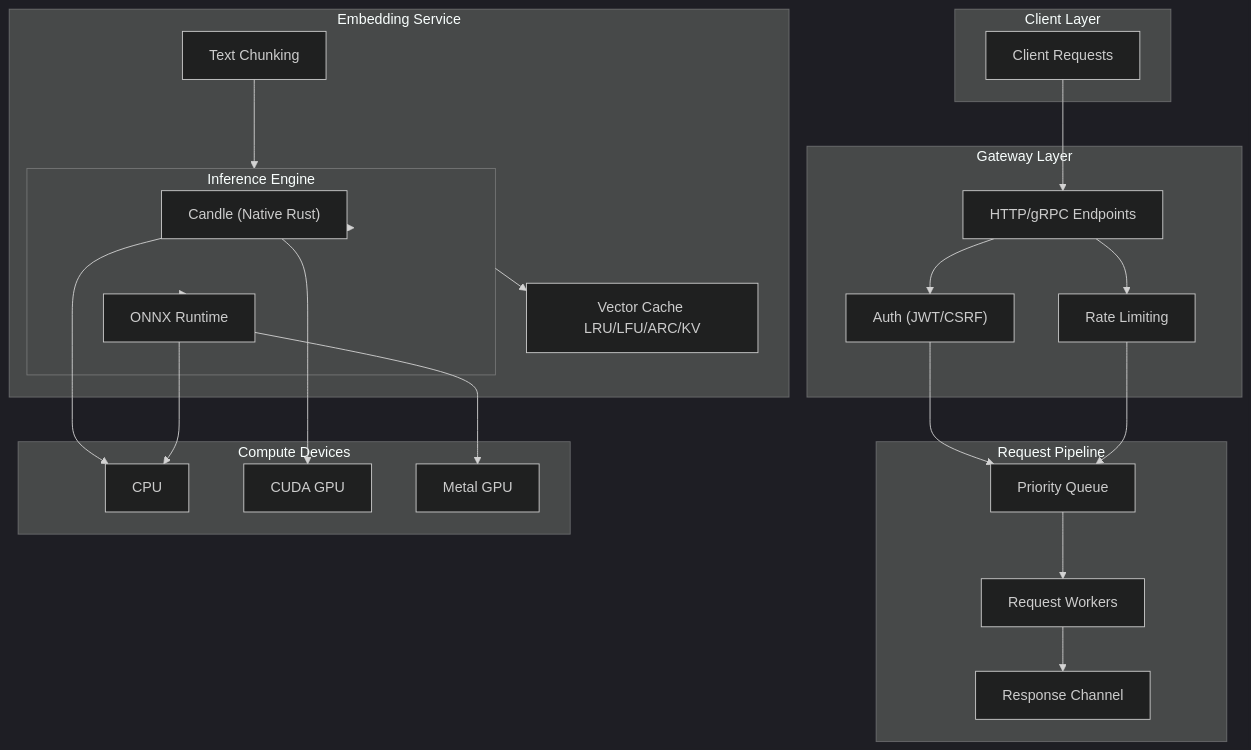
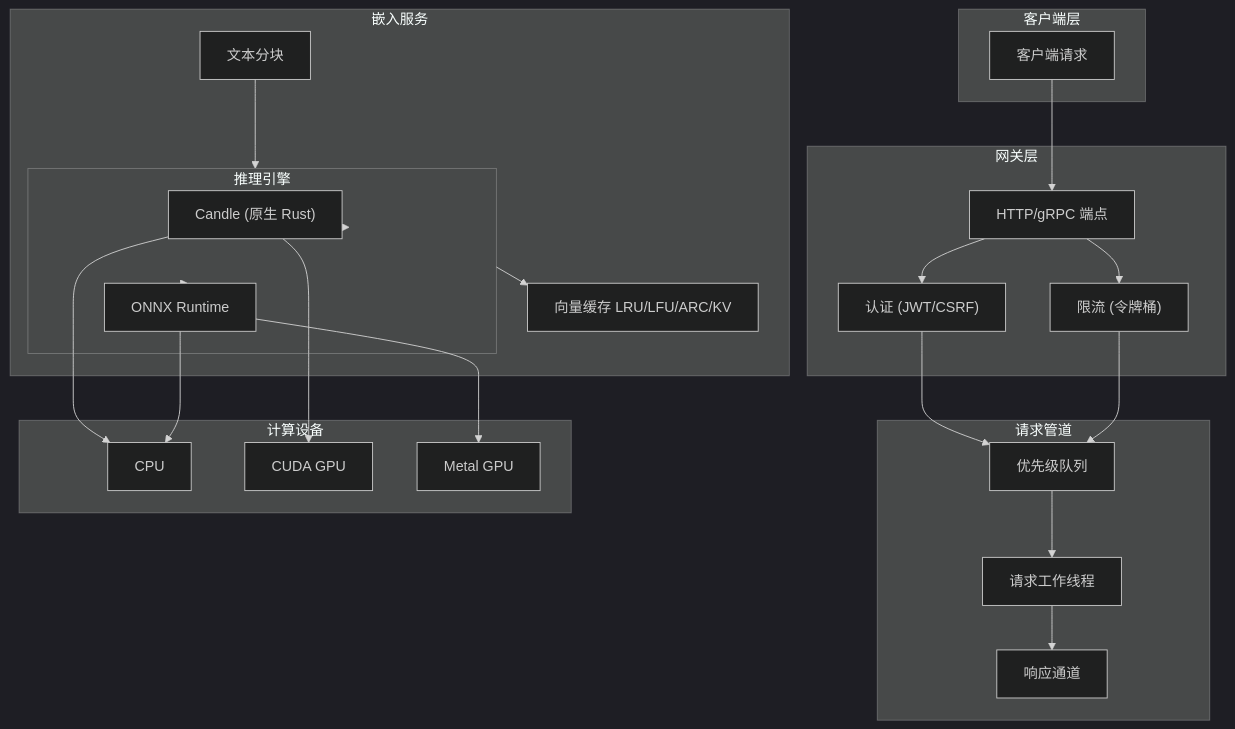
One commit to Kirky-X/vecboost changed the diagram in README.md. Above: the diagram before and after it, drawn with Mermaid (dark theme). The commit also changed other lines of this file and 126 other files, not shown here.

````diff
--- a/README.md
+++ b/README.md
@@ -261,55 +261,55 @@
 ```mermaid
 graph TB
-    subgraph Client_Layer["Client Layer"]
-        Client[Client Requests]
+    subgraph Client_Layer["客户端层"]
+        Client[客户端请求]
     end
 
-    subgraph Gateway["Gateway Layer"]
-        HTTP["HTTP/gRPC Endpoints"]
-        Auth["Auth (JWT/CSRF)"]
-        RateLim["Rate Limiting"]
+    subgraph Gateway["网关层"]
+        HTTP["HTTP/gRPC 端点"]
+        Auth["认证 (JWT/CSRF)"]
+        RateLim["限流 (令牌桶)"]
     end
 
-    subgraph Pipeline["Request Pipeline"]
-        Queue["Priority Queue"]
-        Workers["Request Workers"]
-        Response["Response Channel"]
+    subgraph Pipeline["请求管道"]
+        Queue["优先级队列"]
+        Workers["请求工作线程"]
+        Response["响应通道"]
     end
 
-    subgraph Service["Embedding Service"]
-        Text["Text Chunking"]
-        Engine["Inference Engine"]
-        Cache["Vector Cache LRU/LFU/ARC/KV"]
+    subgraph Service["嵌入服务"]
+        Text["文本分块"]
+        Engine["推理引擎"]
+        Cache["向量缓存 LRU/LFU/ARC/KV"]
     end
 
-    subgraph Engine["Inference Engine"]
-        Candle["Candle (Native Rust)"]
+    subgraph Engine["推理引擎"]
+        Candle["Candle (原生 Rust)"]
         ONNX["ONNX Runtime"]
     end
 
-    subgraph Device["Compute Devices"]
+    subgraph Device["计算设备"]
         CPU["CPU"]
         CUDA["CUDA GPU"]
         Metal["Metal GPU"]
     end
 
     Client --> HTTP
     HTTP --> Auth
     HTTP --> RateLim
     Auth --> Queue
     RateLim --> Queue
 
     Queue --> Workers
     Workers --> Response
 
     Text --> Engine
     Engine --> Cache
 
     Engine --> Candle
     Engine --> ONNX
 
     Candle --> CPU
     Candle --> CUDA
     ONNX --> CPU
     ONNX --> Metal
 ```
````
